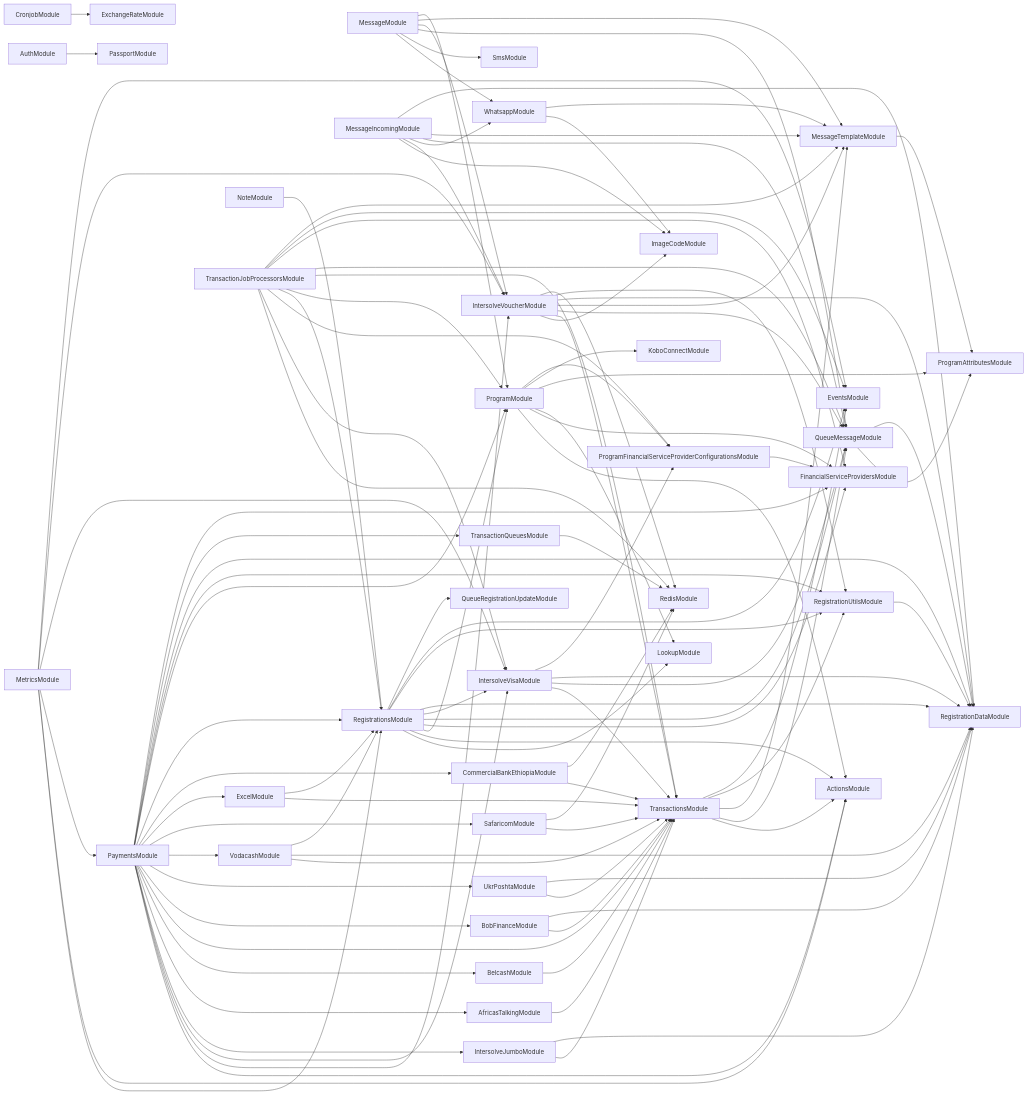
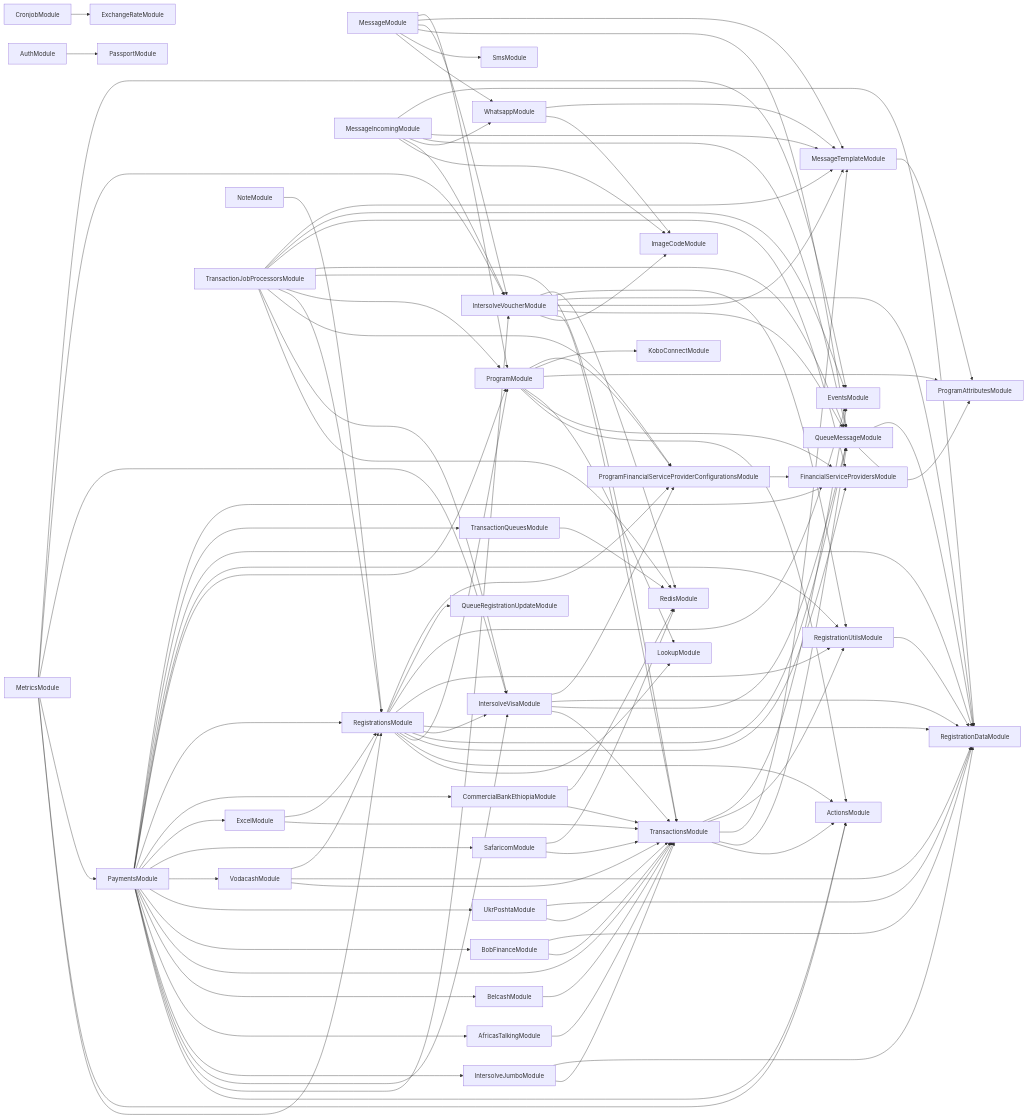
One commit to global-121/121-platform changed the diagram in services/121-service/module-dependencies.md. Above: the diagram before and after it, drawn with Mermaid. The commit also changed 16 other files, not shown here.

```diff
--- a/services/121-service/module-dependencies.md
+++ b/services/121-service/module-dependencies.md
@@ -49,6 +49,7 @@
   RegistrationsModule-->RegistrationUtilsModule
   RegistrationsModule-->EventsModule
   RegistrationsModule-->QueueRegistrationUpdateModule
+  RegistrationsModule-->ProgramFinancialServiceProviderConfigurationsModule
   MetricsModule-->ActionsModule
   MetricsModule-->PaymentsModule
   PaymentsModule-->ActionsModule
```
